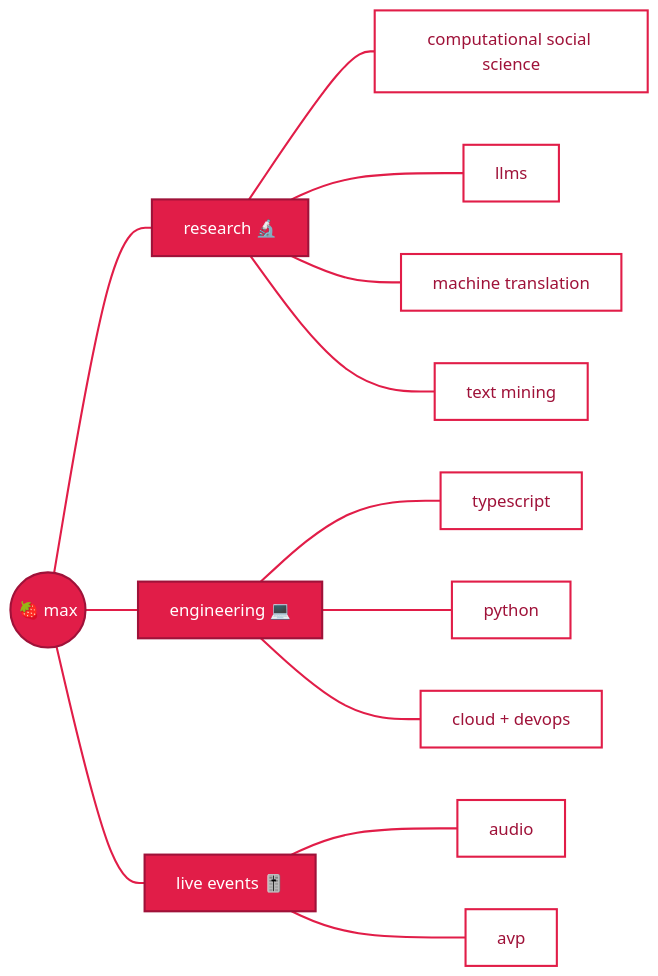
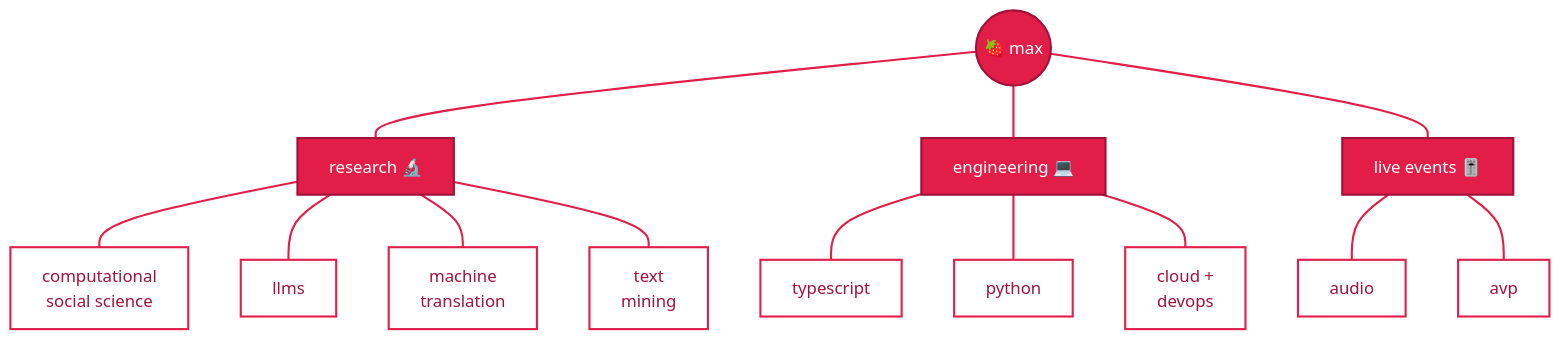
One commit to mbchavez27/mbchavez27 changed the first of 5 diagrams in README.md. Above: the diagram before and after it, drawn with Mermaid (base theme). The commit also changed other lines of this file, not shown here.

Commit message:
Fix line breaks in Mermaid diagrams in README

````diff
--- a/README.md
+++ b/README.md
@@ -21,27 +21,27 @@
 ```mermaid
-flowchart LR
+flowchart TB
     me(("🍓 max"))
     me --- r["research 🔬"]
     me --- e["engineering 💻"]
     me --- l["live events 🎚️"]
 
-    r --- r1["computational social science"]
+    r --- r1["computational<br/>social science"]
     r --- r2["llms"]
-    r --- r3["machine translation"]
-    r --- r4["text mining"]
+    r --- r3["machine<br/>translation"]
+    r --- r4["text<br/>mining"]
 
     e --- e1["typescript"]
     e --- e2["python"]
-    e --- e3["cloud + devops"]
+    e --- e3["cloud +<br/>devops"]
 
     l --- l1["audio"]
     l --- l2["avp"]
 
     classDef core fill:#e11d48,stroke:#9f1239,stroke-width:2px,color:#ffffff
     classDef branch fill:#e11d48,stroke:#9f1239,stroke-width:2px,color:#ffffff
     classDef leaf fill:#ffffff,stroke:#e11d48,stroke-width:2px,color:#9f1239
     class me core
     class r,e,l branch
     class r1,r2,r3,r4,e1,e2,e3,l1,l2 leaf
     linkStyle default stroke:#e11d48,stroke-width:2px
 ```
````
